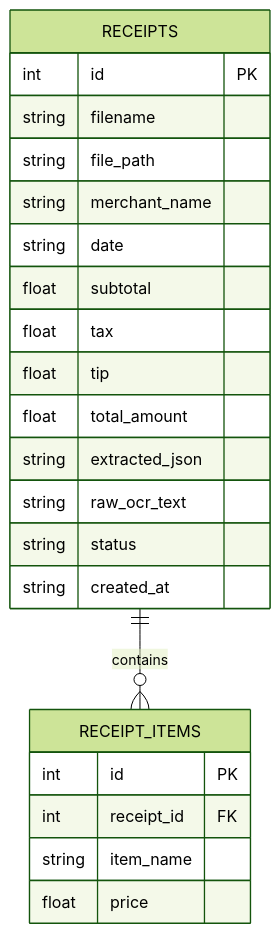
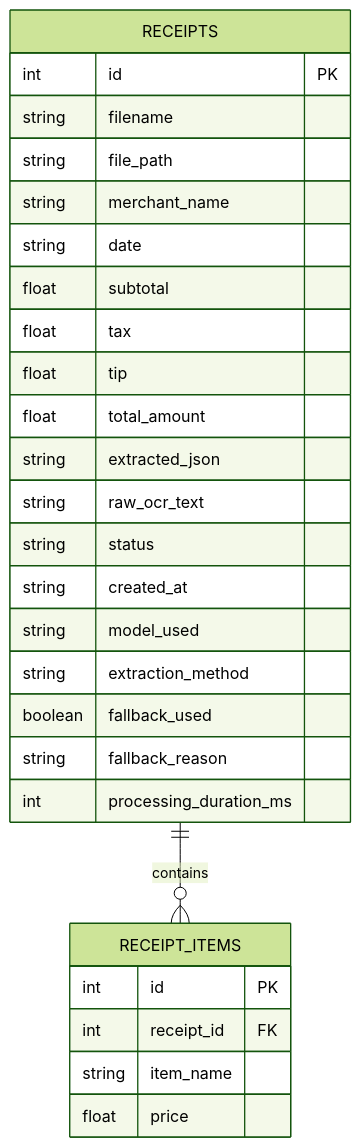
Before and after one commit to Manvendra9830/Expense-Dispatcher-Agent-System: the second of 2 diagrams in README.md, drawn with Mermaid (forest theme). The commit also changed other lines of this file and 22 other files, not shown here.

````diff
--- a/README.md
+++ b/README.md
@@ -369,25 +431,30 @@
 ```mermaid
 erDiagram
     RECEIPTS ||--o{ RECEIPT_ITEMS : contains
     RECEIPTS {
         int id PK
         string filename
         string file_path
         string merchant_name
         string date
         float subtotal
         float tax
         float tip
         float total_amount
         string extracted_json
         string raw_ocr_text
         string status
         string created_at
+        string model_used
+        string extraction_method
+        boolean fallback_used
+        string fallback_reason
+        int processing_duration_ms
     }
     RECEIPT_ITEMS {
         int id PK
         int receipt_id FK
         string item_name
         float price
     }
 ```
````
